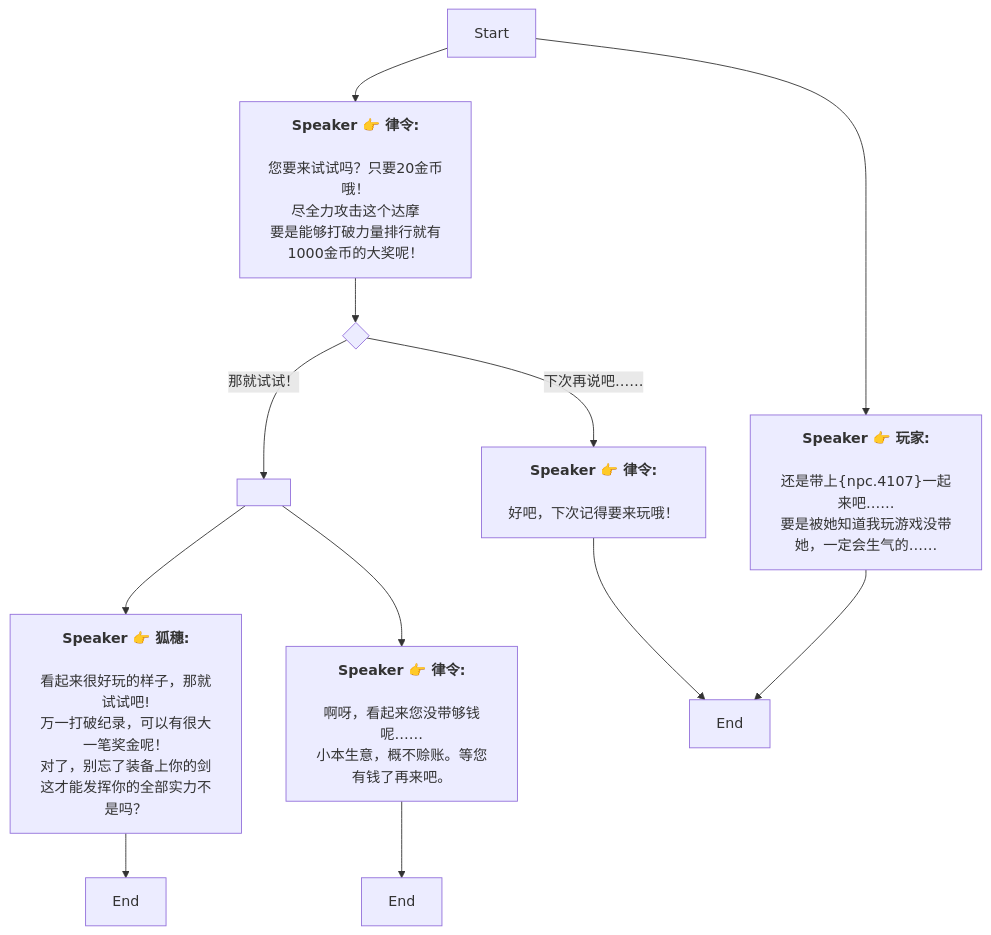
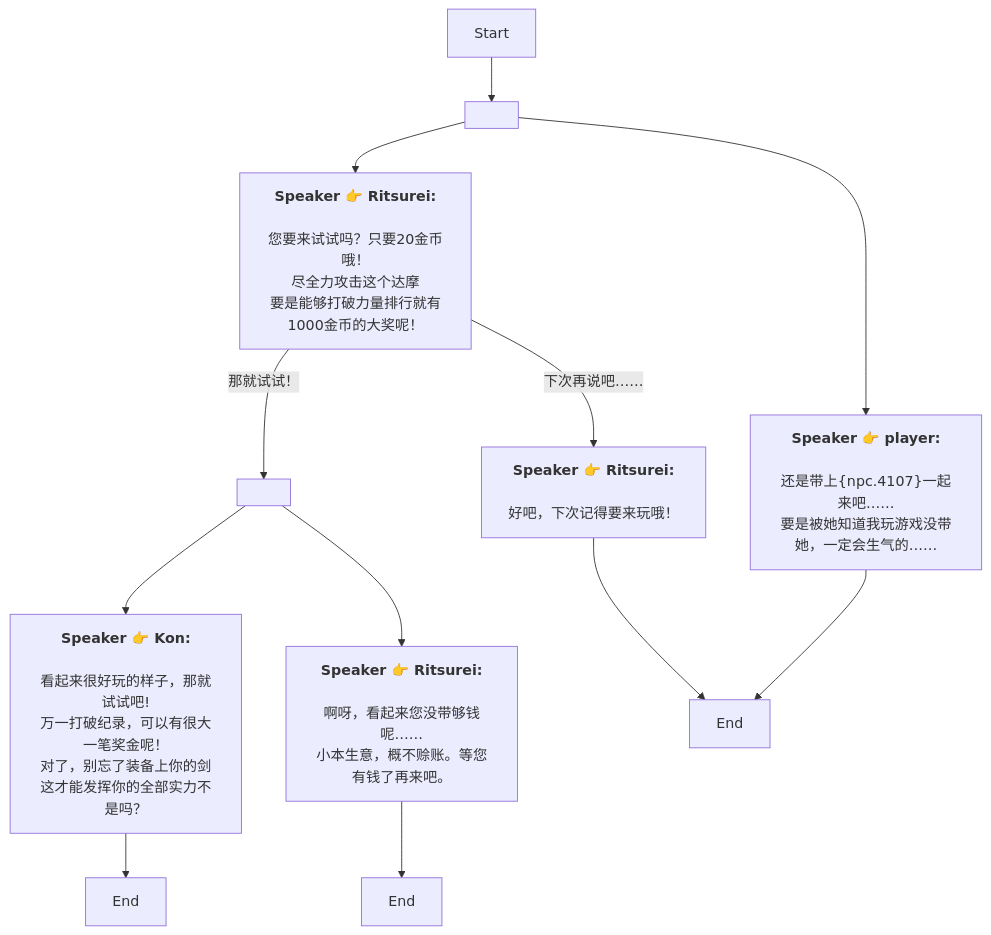
Before and after one commit to SoftHu/tos_avg: the diagram in Zh/Dialog_55394213989384.md, drawn with Mermaid. The commit also changed 737 other files, not shown here.

````diff
--- a/Zh/Dialog_55394213989384.md
+++ b/Zh/Dialog_55394213989384.md
@@ -1,32 +1,26 @@
 ```mermaid
 graph
-Start -->1772614872258803[<b>Speaker 👉 律令:</b>
-
-您要来试试吗？只要20金币哦！
+Start -->1772614872257778[ ]
+1772614872257778 -->1772614872258803[<b>Speaker 👉 Ritsurei:</b>
+\n您要来试试吗？只要20金币哦！
 尽全力攻击这个达摩
 要是能够打破力量排行就有1000金币的大奖呢！]
-Start -->1772614872268031[<b>Speaker 👉 玩家:</b>
-
-还是带上&lbrace;npc.4107&rbrace;一起来吧……
+1772614872257778 -->1772614872268031[<b>Speaker 👉 player:</b>
+\n还是带上&lbrace;npc.4107&rbrace;一起来吧……
 要是被她知道我玩游戏没带她，一定会生气的……]
-1772614872258803 -->1772614872259830{ }
-1772614872259830 -->|那就试试！|1772614872260855[ ]
-1772614872259830 -->|下次再说吧……|1772614872267005[<b>Speaker 👉 律令:</b>
-
-好吧，下次记得要来玩哦！]
-1772614872260855 -->1772614872262904[<b>Speaker 👉 狐穗:</b>
-
-看起来很好玩的样子，那就试试吧!
-万一打破纪录，可以有很大一笔奖金呢！
-对了，别忘了装备上你的剑
+1772614872258803 -->|那就试试！|1772614872260855[ ]
+1772614872258803 -->|下次再说吧……|1772614872267005[<b>Speaker 👉 Ritsurei:</b>
+\n好吧，下次记得要来玩哦！]
+1772614872260855 -->1772614872262904[<b>Speaker 👉 Kon:</b>
+\n看起来很好玩的样子，那就试试吧!
+万一打破纪录，可以有很大一笔奖金呢！\n对了，别忘了装备上你的剑
 这才能发挥你的全部实力不是吗？]
-1772614872260855 -->1772614872264955[<b>Speaker 👉 律令:</b>
-
-啊呀，看起来您没带够钱呢……
+1772614872260855 -->1772614872264955[<b>Speaker 👉 Ritsurei:</b>
+\n啊呀，看起来您没带够钱呢……
 小本生意，概不赊账。等您有钱了再来吧。]
 1772614872262904 -->1772614872263930[End]
 1772614872264955 -->1772614872265980[End]
 1772614872267005 -->1772614872267006[End]
 1772614872268031 -->1772614872267006[End]
 
- ```
+```
````
